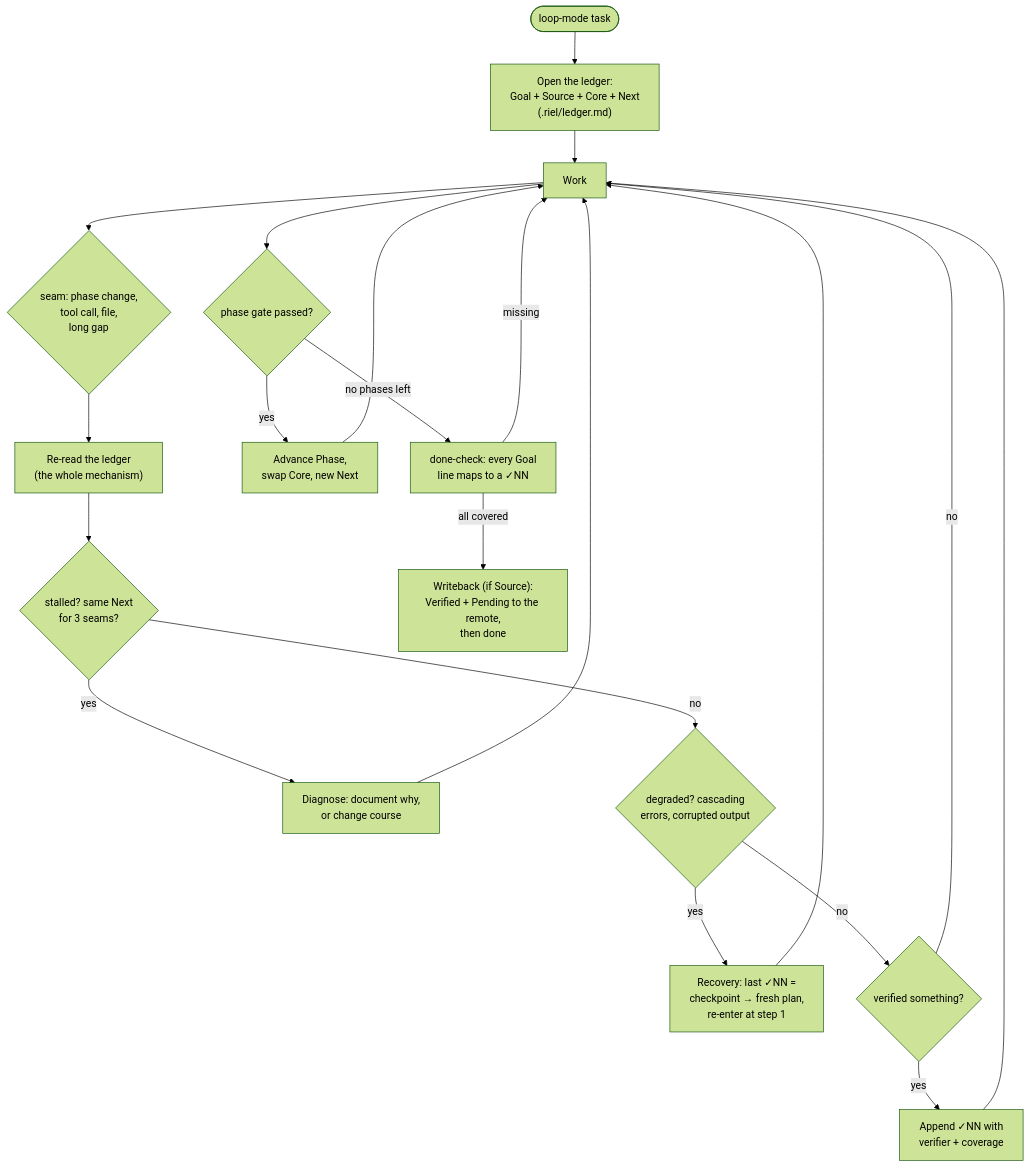
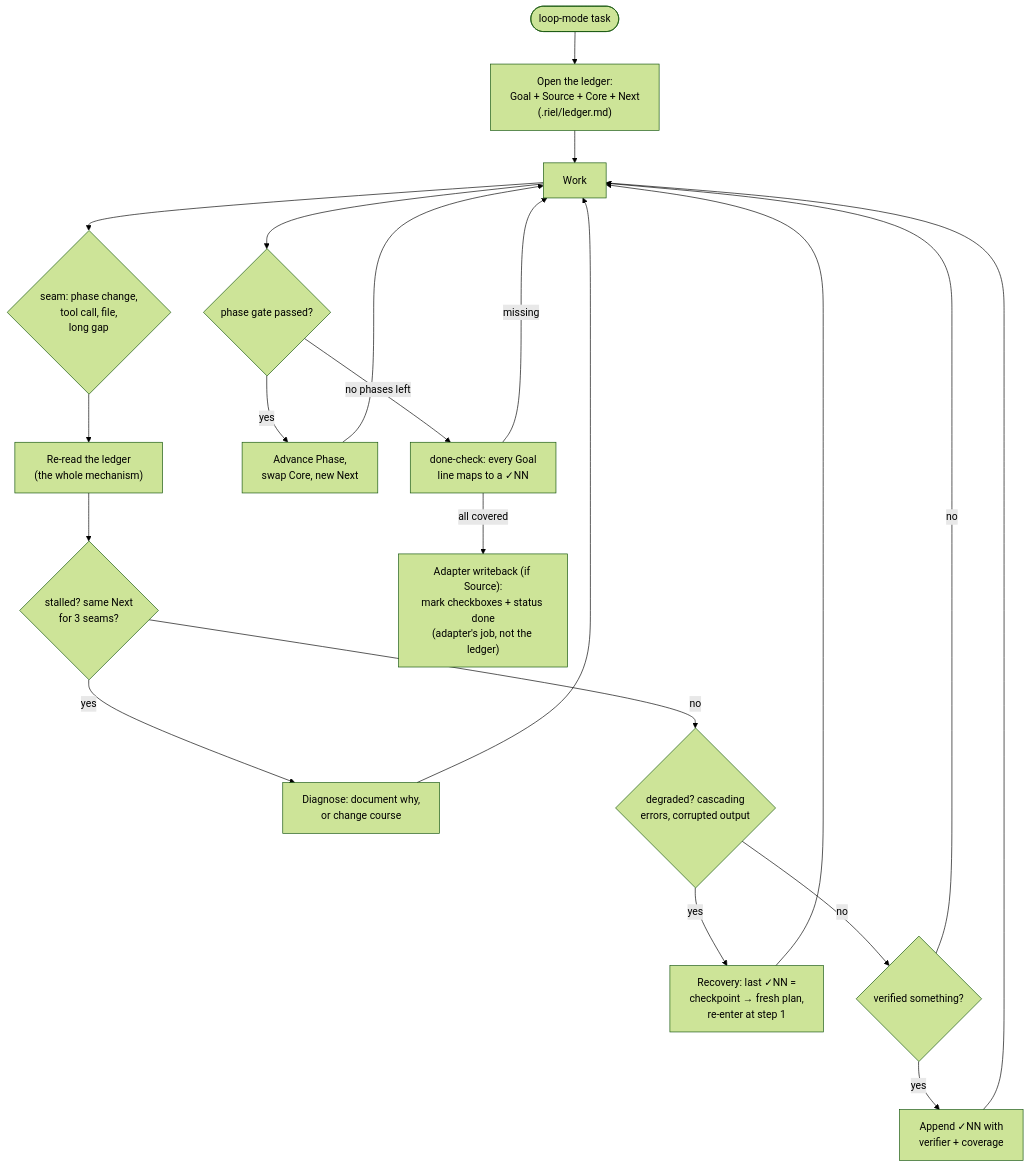
The diagram in skills/riel-ledger/SKILL.md (alvarolizama/riel), drawn with Mermaid (forest theme) before and after one commit. The commit also changed other lines of this file and 2 other files, not shown here.

First line of the commit message:
feat/riel-ledger: LLM-as-a-Verifier concepts — confidence, criteria decomposition, re-sample

````diff
--- a/skills/riel-ledger/SKILL.md
+++ b/skills/riel-ledger/SKILL.md
@@ -105,23 +104,23 @@
 ```mermaid
 flowchart TD
   START([loop-mode task]) --> OPEN["Open the ledger:\nGoal + Source + Core + Next\n(.riel/ledger.md)"]
   OPEN --> W[Work]
   W --> S{"seam: phase change,\ntool call, file,\nlong gap"}
   S --> R["Re-read the ledger\n(the whole mechanism)"]
   R --> ST{"stalled? same Next\nfor 3 seams?"}
   ST -->|yes| F["Diagnose: document why,\nor change course"]
   F --> W
   ST -->|no| DEG{"degraded? cascading\nerrors, corrupted output"}
   DEG -->|yes| REC["Recovery: last ✓NN =\ncheckpoint → fresh plan,\nre-enter at step 1"]
   REC --> W
   DEG -->|no| CK{"verified something?"}
   CK -->|yes| APP["Append ✓NN with\nverifier + coverage"]
   APP --> W
   CK -->|no| W
   W --> PH{"phase gate passed?"}
   PH -->|yes| ADV["Advance Phase,\nswap Core, new Next"]
   ADV --> W
   PH -->|"no phases left"| DC["done-check: every Goal\nline maps to a ✓NN"]
   DC -->|"missing"| W
-  DC -->|"all covered"| WB["Writeback (if Source):\nVerified + Pending to the remote,\nthen done"]
+  DC -->|"all covered"| WB["Adapter writeback (if Source):\nmark checkboxes + status done\n(adapter's job, not the ledger)"]
 ```
````
